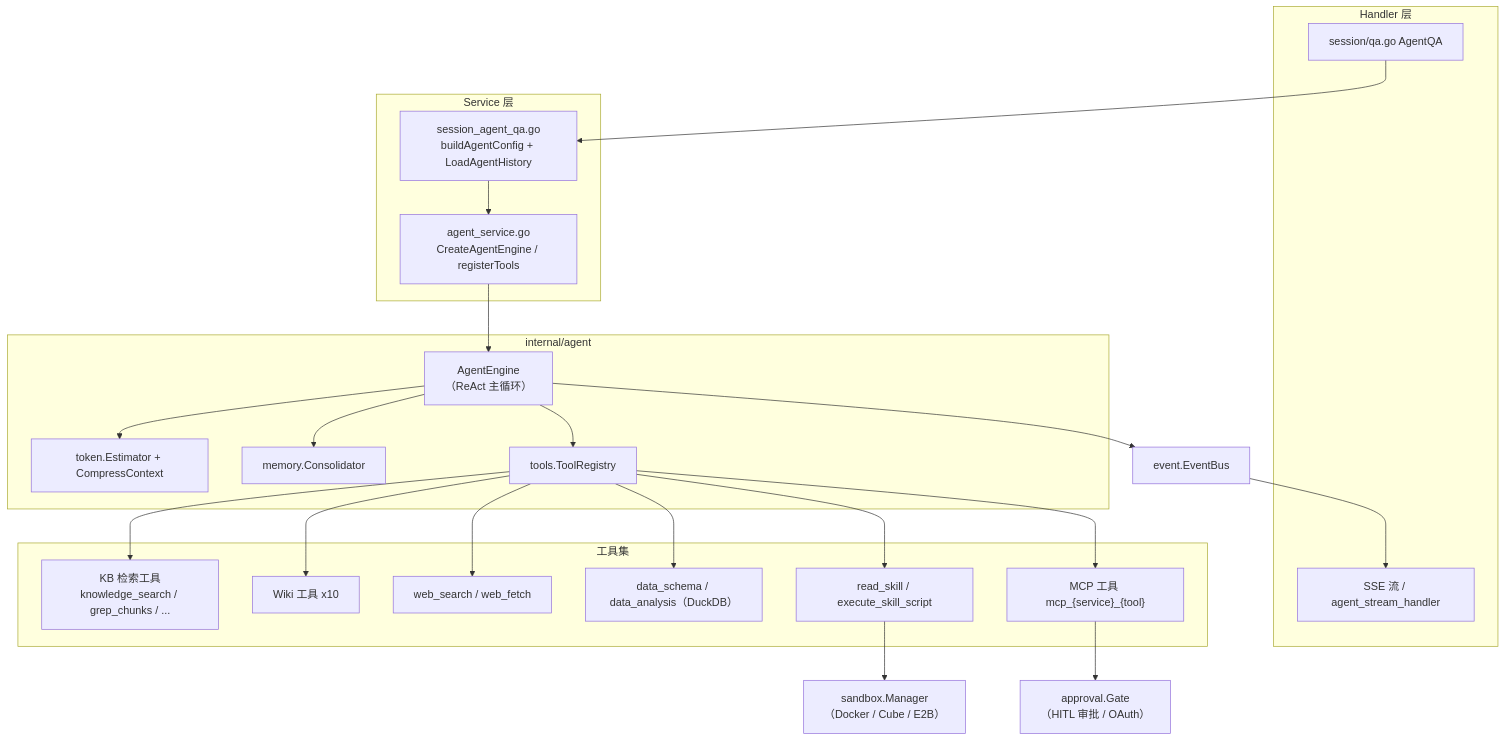
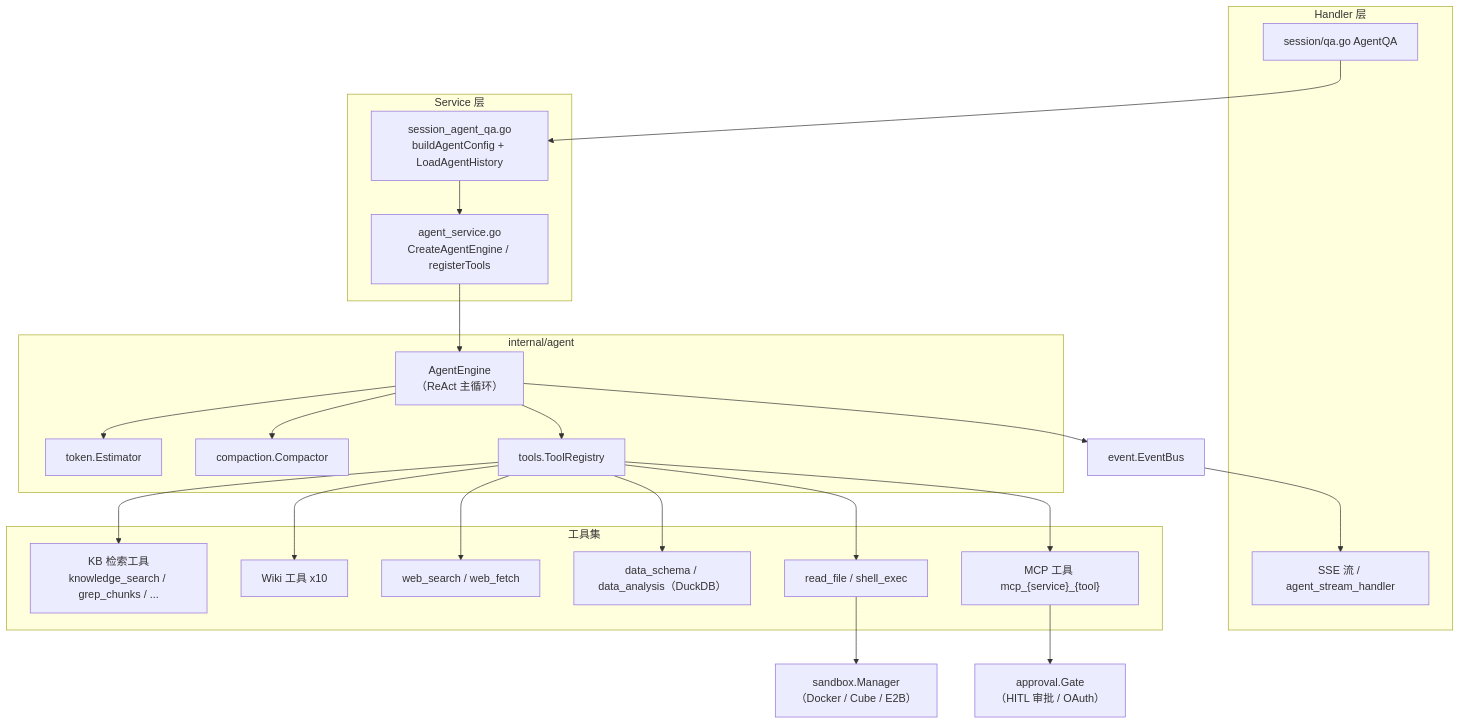
The first of 3 diagrams in website-docs/03-features/07-agent.md (Tencent/WeKnora), drawn with Mermaid before and after one commit. The commit also changed other lines of this file and 43 other files, not shown here.

````diff
--- a/website-docs/03-features/07-agent.md
+++ b/website-docs/03-features/07-agent.md
@@ -79,42 +79,42 @@
 ```mermaid
 flowchart TB
     subgraph HandlerLayer["Handler 层"]
         H1["session/qa.go AgentQA"]
         SSE["SSE 流 / agent_stream_handler"]
     end
     subgraph ServiceLayer["Service 层"]
         SQA["session_agent_qa.go<br/>buildAgentConfig + LoadAgentHistory"]
         AS["agent_service.go<br/>CreateAgentEngine / registerTools"]
     end
     subgraph EngineLayer["internal/agent"]
         ENG["AgentEngine<br/>（ReAct 主循环）"]
-        TOK["token.Estimator + CompressContext"]
-        MEM["memory.Consolidator"]
+        TOK["token.Estimator"]
+        MEM["compaction.Compactor"]
         REG["tools.ToolRegistry"]
     end
     subgraph Tools["工具集"]
         KB["KB 检索工具<br/>knowledge_search / grep_chunks / ..."]
         WIKI["Wiki 工具 x10"]
         WEB["web_search / web_fetch"]
         DATA["data_schema / data_analysis（DuckDB）"]
-        SKILL["read_skill / execute_skill_script"]
+        SKILL["read_file / shell_exec"]
         MCP["MCP 工具 mcp_{service}_{tool}"]
     end
     GATE["approval.Gate<br/>（HITL 审批 / OAuth）"]
     SBX["sandbox.Manager<br/>（Docker / Cube / E2B）"]
     EB["event.EventBus"]
 
     H1 --> SQA --> AS --> ENG
     ENG --> TOK
     ENG --> MEM
     ENG --> REG
     REG --> KB
     REG --> WIKI
     REG --> WEB
     REG --> DATA
     REG --> SKILL
     REG --> MCP
     MCP --> GATE
     SKILL --> SBX
     ENG --> EB --> SSE
 ```
````
